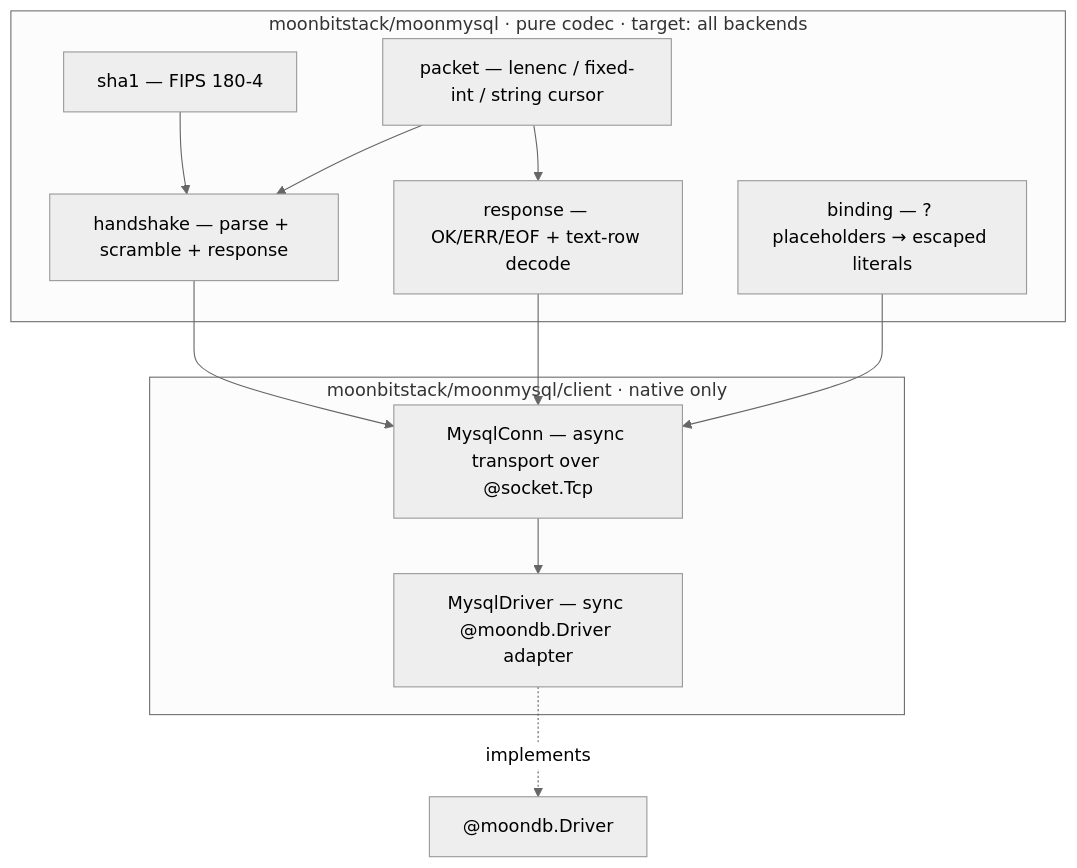
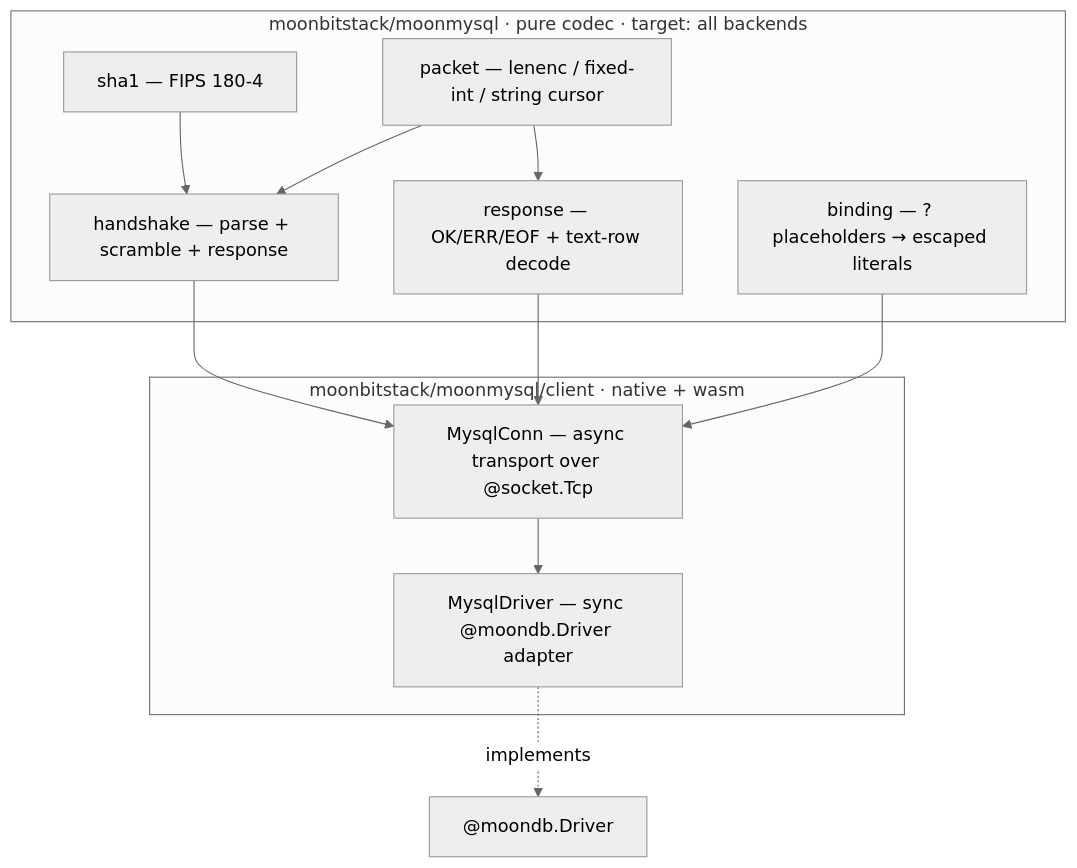
Before and after one commit to moonbitstack/moonorm: the diagram in drivers/mysql/README.md, drawn with Mermaid (neutral theme). The commit also changed other lines of this file and 3 other files, not shown here.

Commit message:
update(mysql): support wasm client.

````diff
--- a/drivers/mysql/README.md
+++ b/drivers/mysql/README.md
@@ -63,22 +64,22 @@
 ```mermaid
 flowchart TD
   subgraph root["moonbitstack/moonmysql · pure codec · target: all backends"]
     sha1["sha1 — FIPS 180-4"]
     packet["packet — lenenc / fixed-int / string cursor"]
     handshake["handshake — parse + scramble + response"]
     response["response — OK/ERR/EOF + text-row decode"]
     binding["binding — ? placeholders → escaped literals"]
   end
-  subgraph client["moonbitstack/moonmysql/client · native only"]
+  subgraph client["moonbitstack/moonmysql/client · native + wasm"]
     conn["MysqlConn — async transport over @socket.Tcp"]
     driver["MysqlDriver — sync @moondb.Driver adapter"]
   end
   handshake --> conn
   response --> conn
   binding --> conn
   packet --> handshake
   packet --> response
   sha1 --> handshake
   conn --> driver
   driver -. implements .-> moondb["@moondb.Driver"]
 ```
````
